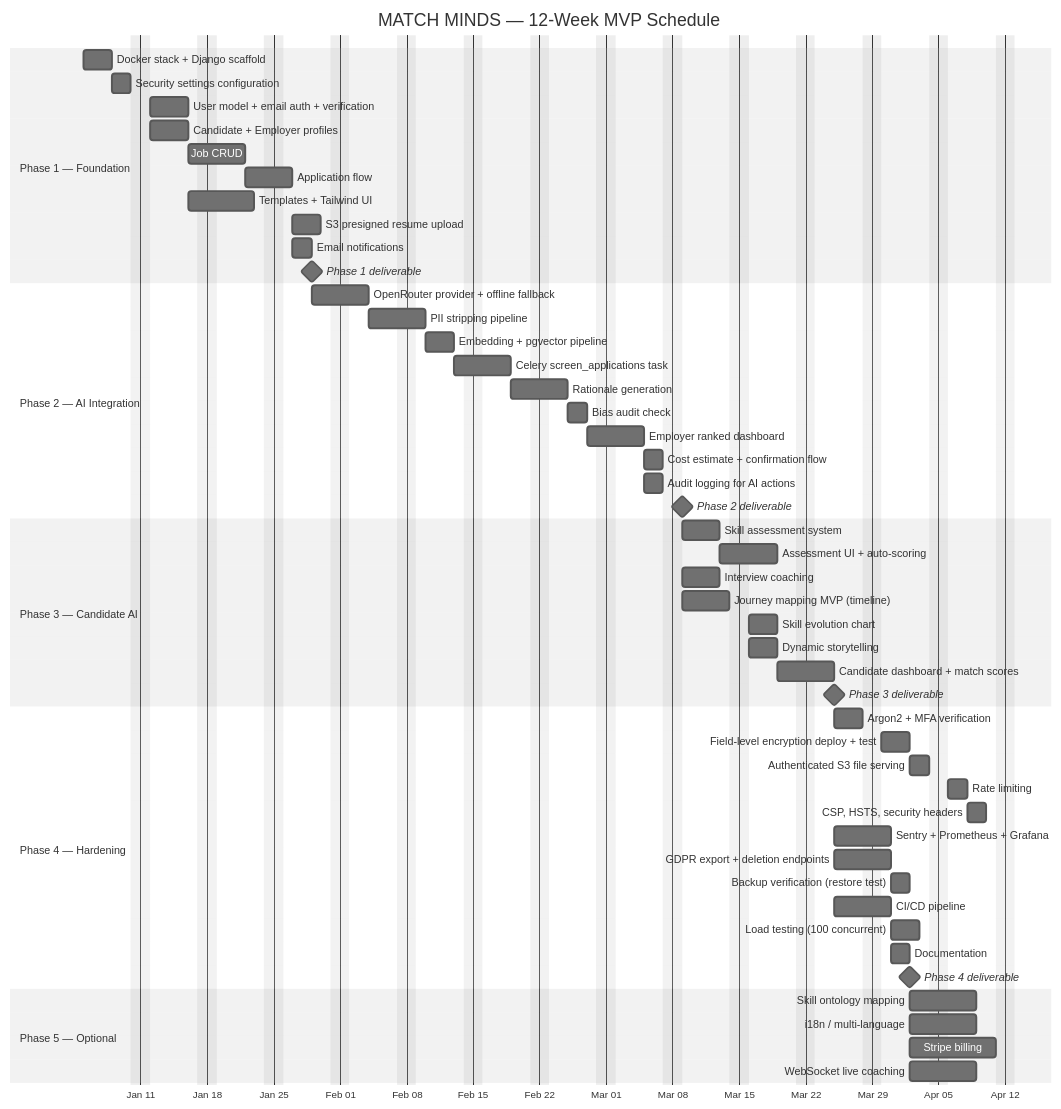
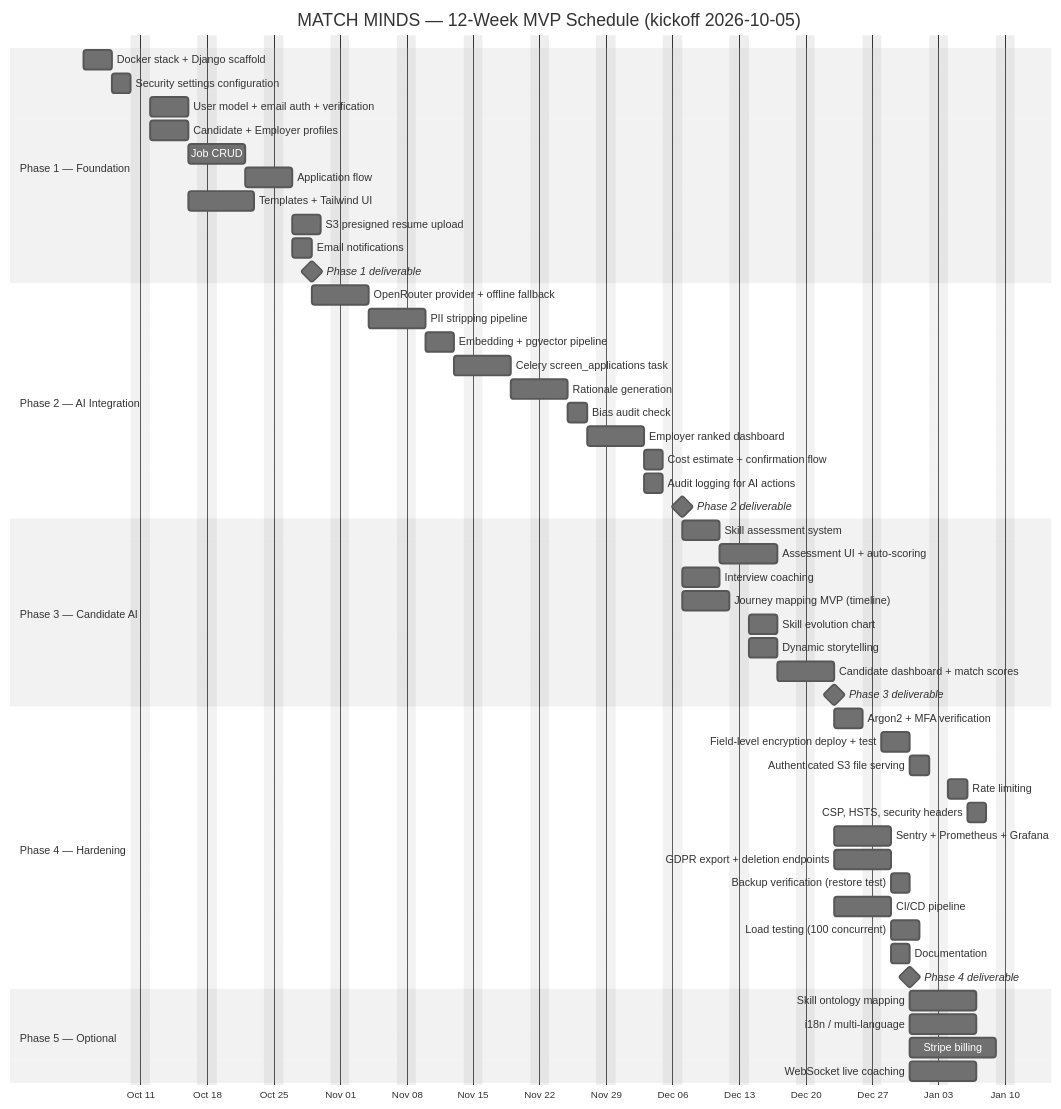
One commit to ishrakhossain53/FAIRFOLD changed the first of 5 diagrams in MATCH_MINDS_Feasibility_and_Design.md. Above: the diagram before and after it, drawn with Mermaid (neutral theme). The commit also changed other lines of this file and 5 other files, not shown here.

````diff
--- a/MATCH_MINDS_Feasibility_and_Design.md
+++ b/MATCH_MINDS_Feasibility_and_Design.md
@@ -606,61 +625,61 @@
 ```mermaid
 gantt
-    title MATCH MINDS — 12-Week MVP Schedule
+    title MATCH MINDS — 12-Week MVP Schedule (kickoff 2026-10-05)
     dateFormat  YYYY-MM-DD
     axisFormat  %b %d
     excludes weekends
 
     section Phase 1 — Foundation
-    Docker stack + Django scaffold      :p1a, 2026-01-05, 3d
+    Docker stack + Django scaffold      :p1a, 2026-10-05, 3d
     Security settings configuration     :p1b, after p1a, 2d
     User model + email auth + verification :p1c, after p1b, 4d
     Candidate + Employer profiles       :p1d, after p1b, 4d
     Job CRUD                            :p1e, after p1c, 4d
     Application flow                    :p1f, after p1e, 3d
     Templates + Tailwind UI             :p1g, after p1d, 5d
     S3 presigned resume upload          :p1h, after p1f, 3d
     Email notifications                 :p1i, after p1f, 2d
     Phase 1 deliverable                 :milestone, m1, after p1i, 0d
 
     section Phase 2 — AI Integration
     OpenRouter provider + offline fallback :p2a, after m1, 4d
     PII stripping pipeline               :p2b, after p2a, 4d
     Embedding + pgvector pipeline        :p2c, after p2b, 3d
     Celery screen_applications task      :p2d, after p2c, 4d
     Rationale generation                 :p2e, after p2d, 4d
     Bias audit check                     :p2f, after p2e, 2d
     Employer ranked dashboard            :p2g, after p2f, 4d
     Cost estimate + confirmation flow    :p2h, after p2g, 2d
     Audit logging for AI actions         :p2i, after p2g, 2d
     Phase 2 deliverable                  :milestone, m2, after p2i, 0d
 
     section Phase 3 — Candidate AI
     Skill assessment system              :p3a, after m2, 4d
     Assessment UI + auto-scoring         :p3b, after p3a, 4d
     Interview coaching                   :p3c, after m2, 4d
     Journey mapping MVP (timeline)       :p3d, after m2, 5d
     Skill evolution chart                :p3e, after p3d, 3d
     Dynamic storytelling                 :p3f, after p3d, 3d
     Candidate dashboard + match scores   :p3g, after p3b, 4d
     Phase 3 deliverable                  :milestone, m3, after p3g, 0d
 
     section Phase 4 — Hardening
     Argon2 + MFA verification            :p4a, after m3, 3d
     Field-level encryption deploy + test :p4b, after p4a, 3d
     Authenticated S3 file serving        :p4c, after p4b, 2d
     Rate limiting                        :p4d, after p4c, 2d
     CSP, HSTS, security headers          :p4e, after p4d, 2d
     Sentry + Prometheus + Grafana        :p4f, after m3, 4d
     GDPR export + deletion endpoints     :p4g, after m3, 4d
     Backup verification (restore test)   :p4h, after p4f, 2d
     CI/CD pipeline                       :p4i, after m3, 4d
     Load testing (100 concurrent)       :p4j, after p4i, 3d
     Documentation                        :p4k, after p4i, 2d
     Phase 4 deliverable                  :milestone, m4, after p4k, 0d
 
     section Phase 5 — Optional
     Skill ontology mapping               :p5a, after m4, 5d
     i18n / multi-language                :p5b, after m4, 5d
     Stripe billing                       :p5c, after m4, 7d
     WebSocket live coaching              :p5d, after m4, 5d
 ```
````
